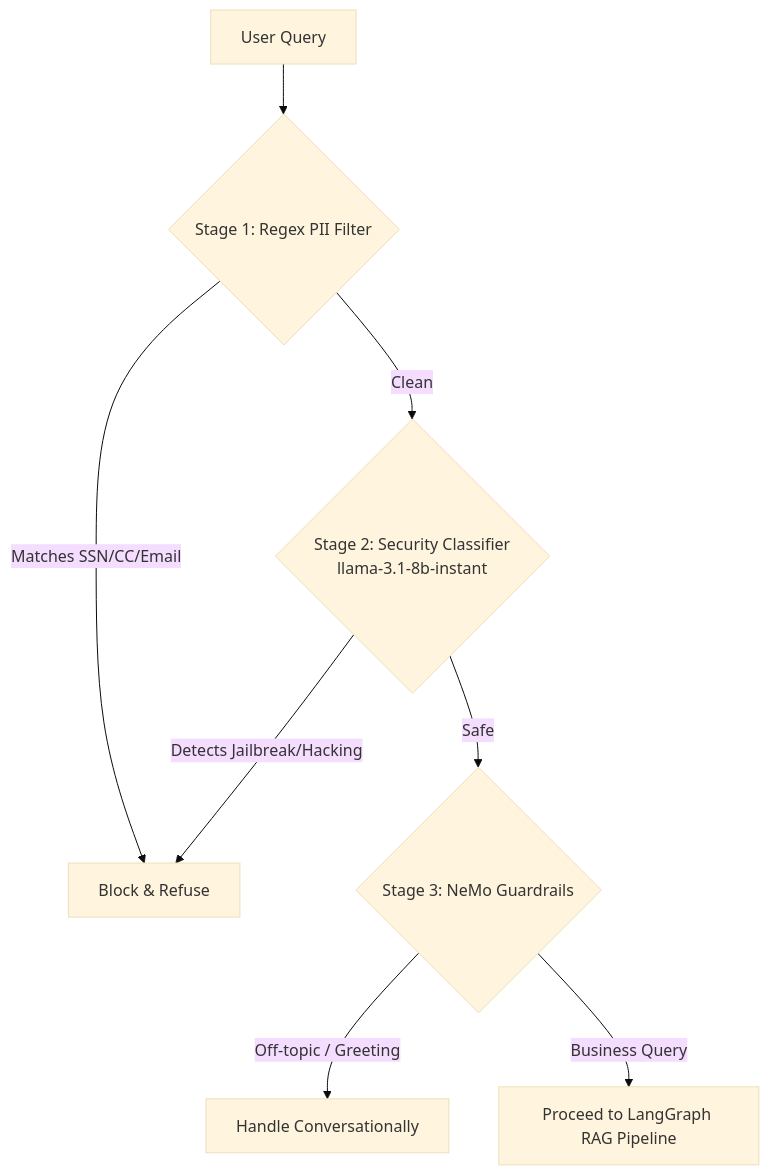
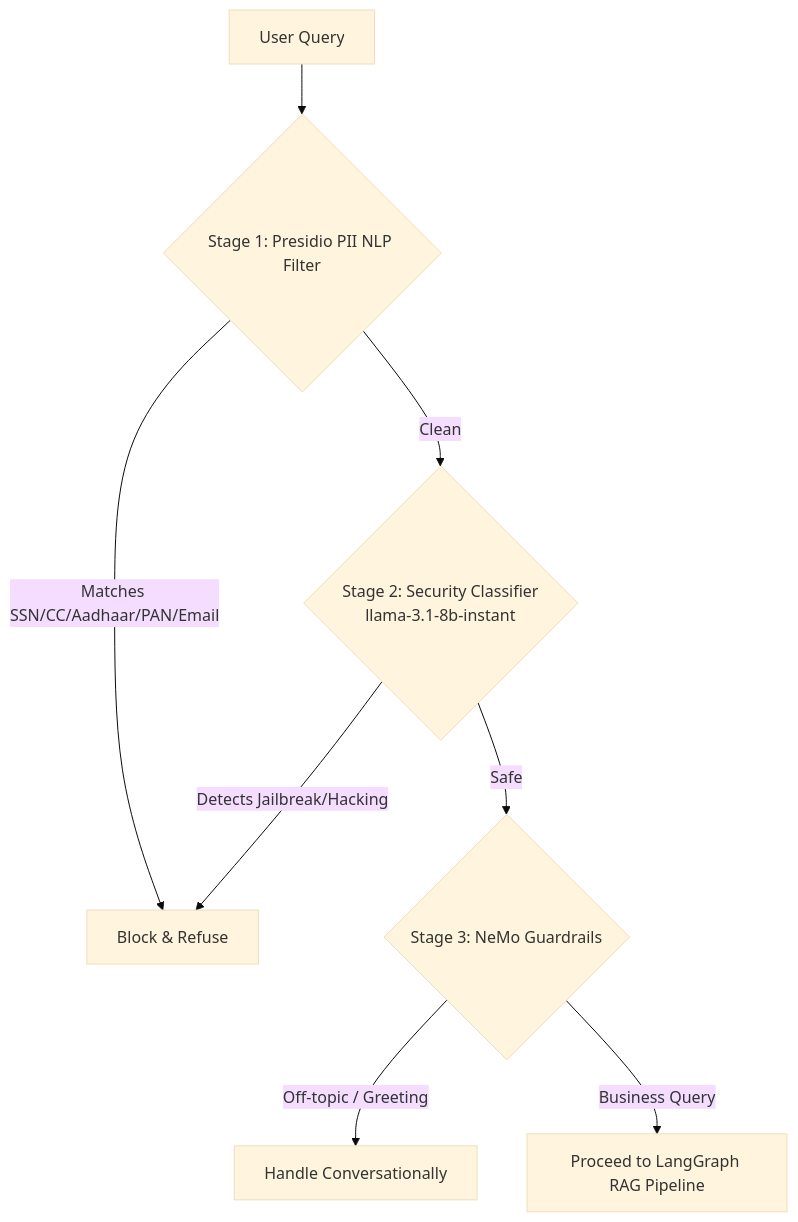
One commit to Pratyaksh-Singhal/Enterprise-RAG-System changed the diagram in README.md. Above: the diagram before and after it, drawn with Mermaid (base theme).

Commit message:
README.md Updated

````diff
--- a/README.md
+++ b/README.md
@@ -75,10 +75,10 @@
 ```mermaid
 flowchart TD
-    A[User Query] --> B{Stage 1: Regex PII Filter}
-    B -- Matches SSN/CC/Email --> C[Block & Refuse]
+    A[User Query] --> B{Stage 1: Presidio PII NLP Filter}
+    B -- Matches SSN/CC/Aadhaar/PAN/Email --> C[Block & Refuse]
     B -- Clean --> D{Stage 2: Security Classifier\nllama-3.1-8b-instant}
     D -- Detects Jailbreak/Hacking --> C
     D -- Safe --> E{Stage 3: NeMo Guardrails}
     E -- Off-topic / Greeting --> F[Handle Conversationally]
     E -- Business Query --> G[Proceed to LangGraph RAG Pipeline]
 ```
````
